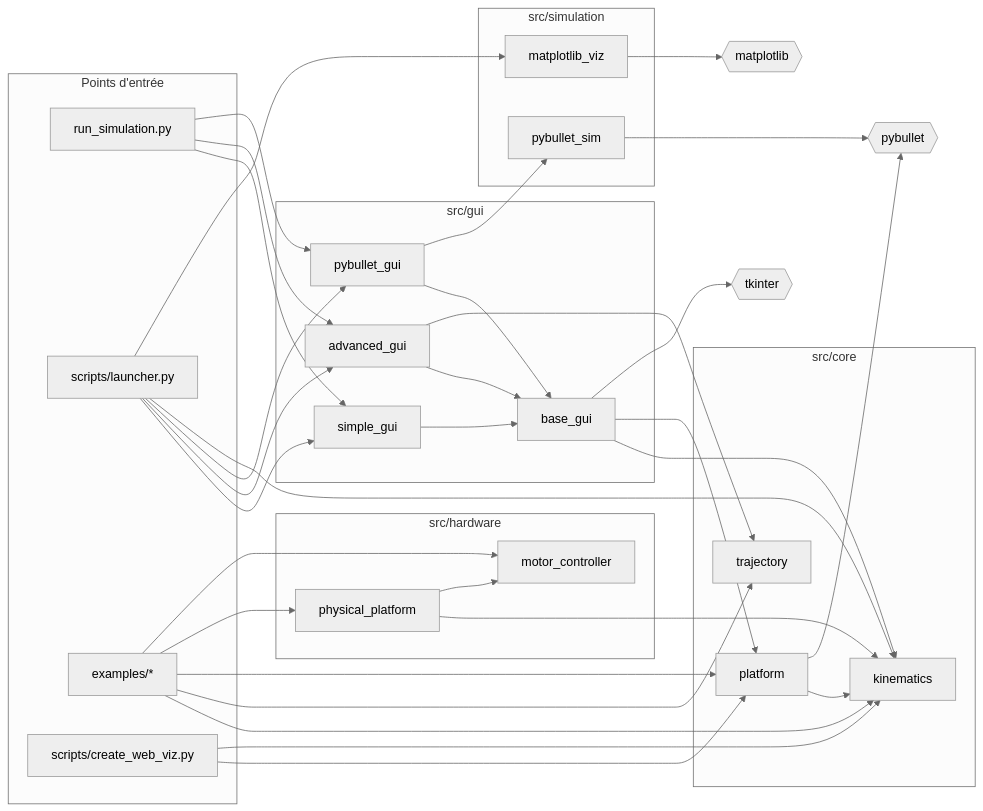
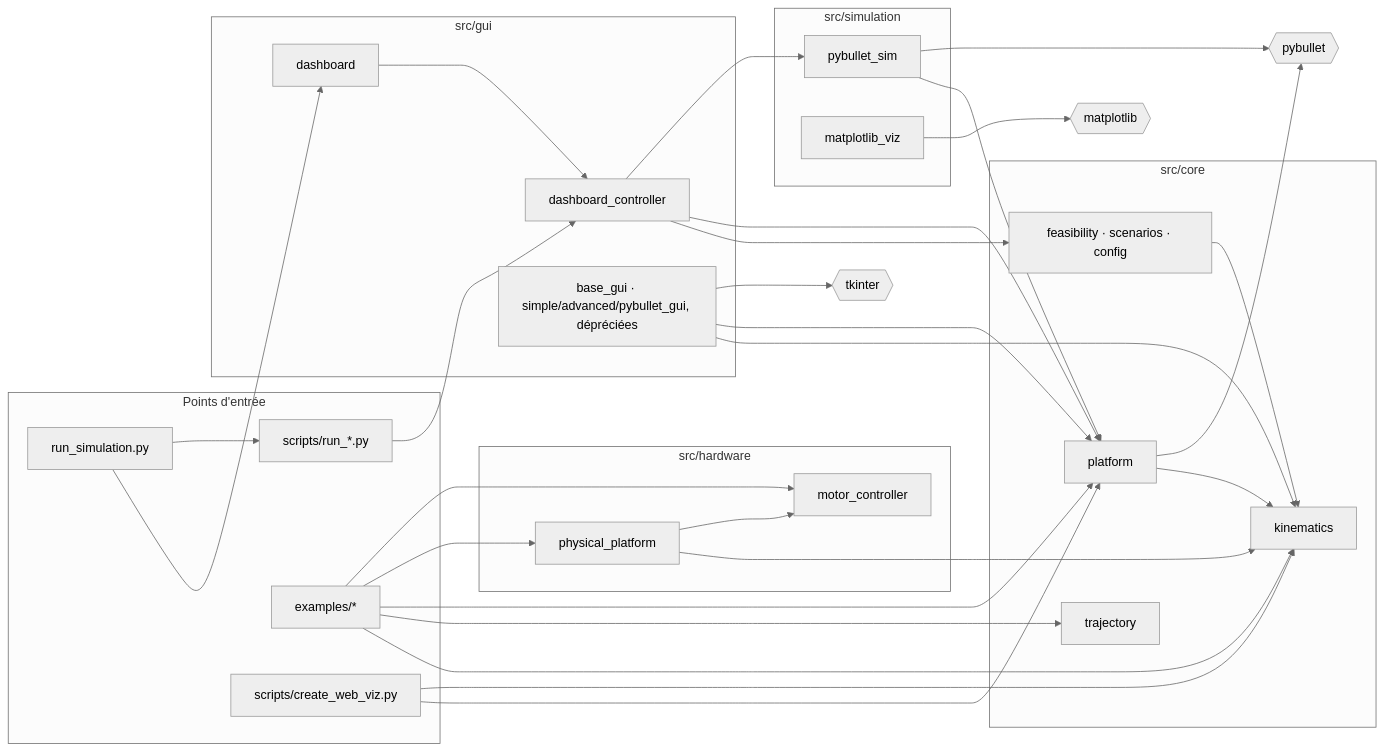
The second of 3 diagrams in ARCHITECTURE.md (jbernardo6u/Stewart_platform_SIM), drawn with Mermaid (neutral theme) before and after one commit. The commit also changed other lines of this file and 38 other files, not shown here.

````diff
--- a/ARCHITECTURE.md
+++ b/ARCHITECTURE.md
@@ -158,46 +158,47 @@
 ```mermaid
 flowchart LR
     subgraph entry["Points d'entrée"]
         RS[run_simulation.py]
-        LA[scripts/launcher.py]
+        SC[scripts/run_*.py]
         EX[examples/*]
         WV[scripts/create_web_viz.py]
     end
     subgraph gui["src/gui"]
-        BG[base_gui]
-        SG[simple_gui]
-        AG[advanced_gui]
-        PG[pybullet_gui]
+        DB[dashboard]
+        DC[dashboard_controller]
+        BG[base_gui · simple/advanced/pybullet_gui, dépréciées]
     end
     subgraph core["src/core"]
         K[kinematics]
         P[platform]
         T[trajectory]
+        FS[feasibility · scenarios · config]
     end
     subgraph sim["src/simulation"]
         PBS[pybullet_sim]
         MV[matplotlib_viz]
     end
     subgraph hw["src/hardware"]
         PP[physical_platform]
         MCt[motor_controller]
     end
     PYB{{pybullet}}
     TK{{tkinter}}
     MPL{{matplotlib}}
 
-    RS --> SG & AG & PG
-    LA --> SG & AG & PG & K & MV
+    RS --> DB & SC
+    SC --> DC
     EX --> K & T & P & PP & MCt
     WV --> P & K
-    SG & AG & PG --> BG
+    DB --> DC
+    DC --> FS & P & PBS
+    FS --> K
     BG --> K & P
-    AG --> T
-    PG --> PBS
+    PBS --> P
     P --> K
     P --> PYB
     PBS --> PYB
     PP --> K & MCt
     BG --> TK
     MV --> MPL
 ```
````
